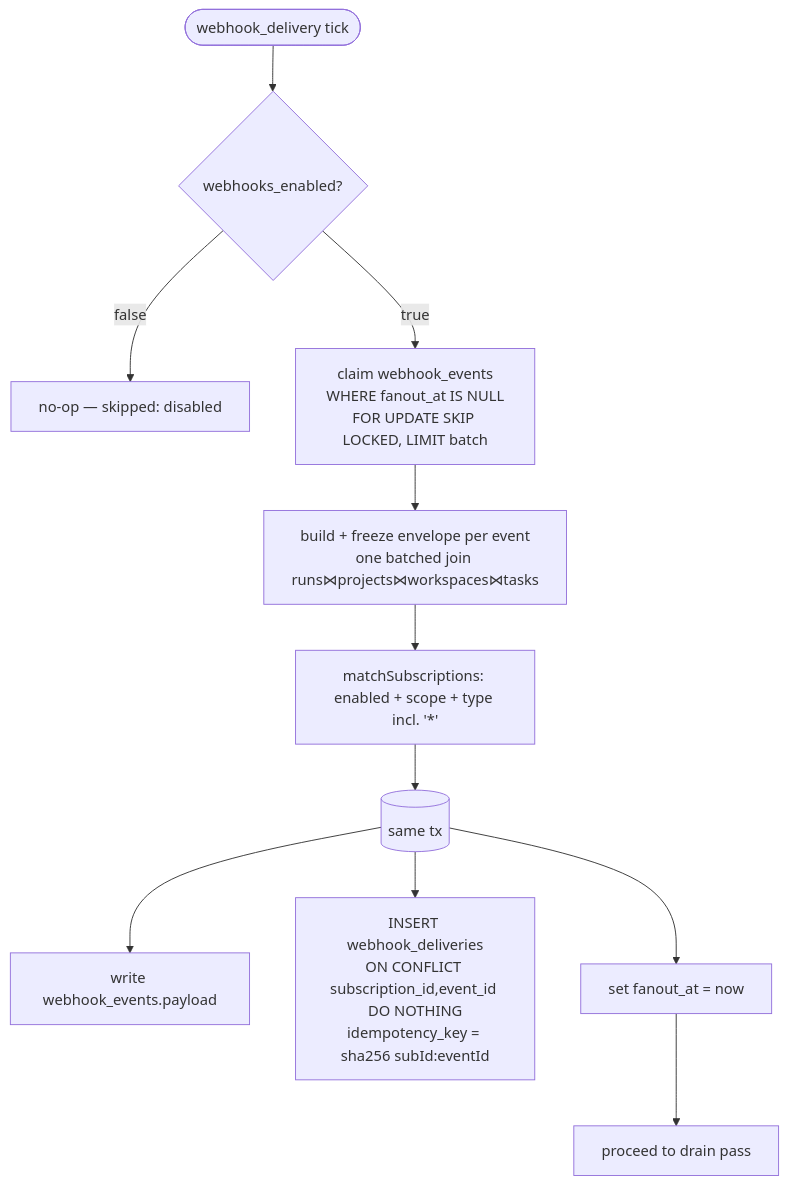
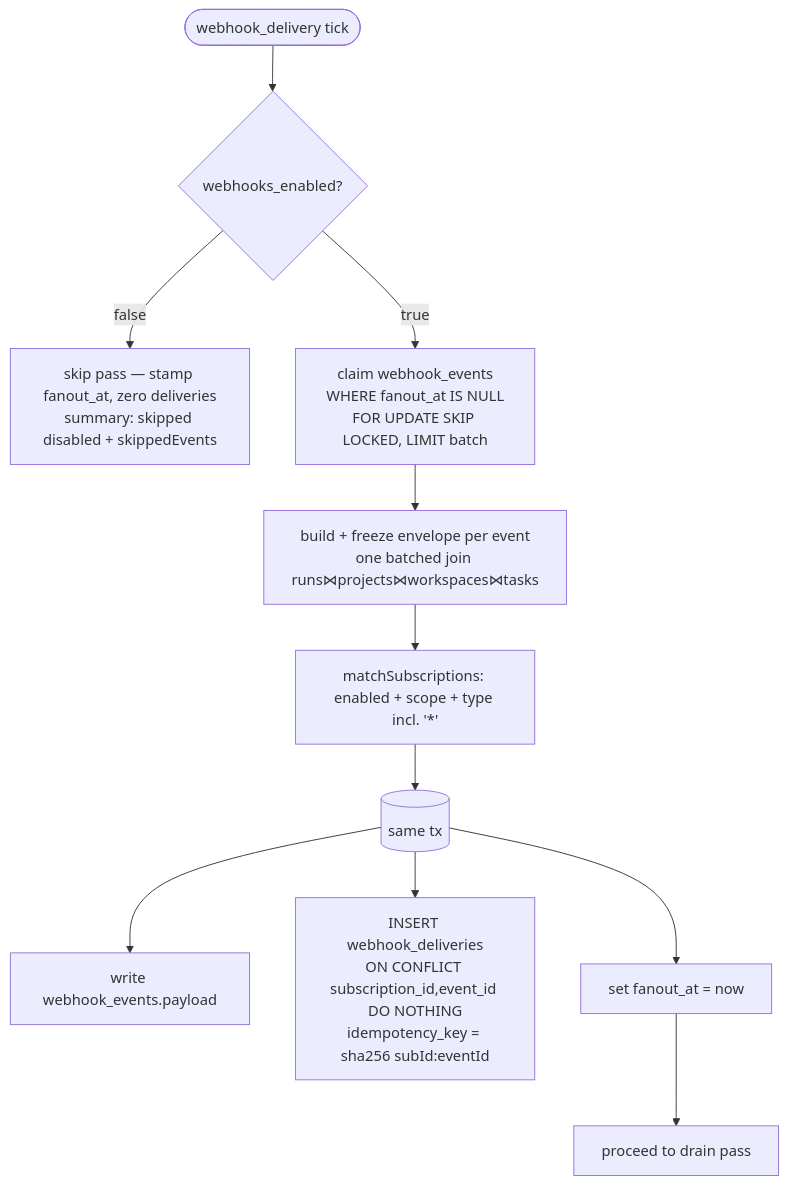
The third of 5 diagrams in docs/system-analytics/outbound-webhooks.md (maister-dev/maister), drawn with Mermaid before and after one commit. The commit also changed other lines of this file and 42 other files, not shown here.

````diff
--- a/docs/system-analytics/outbound-webhooks.md
+++ b/docs/system-analytics/outbound-webhooks.md
@@ -115,13 +115,13 @@
 ```mermaid
 flowchart TD
     Tick([webhook_delivery tick]) --> Kill{webhooks_enabled?}
-    Kill -- false --> Skip[no-op — skipped: disabled]
+    Kill -- false --> Skip[skip pass — stamp fanout_at, zero deliveries<br/>summary: skipped disabled + skippedEvents]
     Kill -- true --> Claim[claim webhook_events<br/>WHERE fanout_at IS NULL<br/>FOR UPDATE SKIP LOCKED, LIMIT batch]
     Claim --> Build[build + freeze envelope per event<br/>one batched join runs⋈projects⋈workspaces⋈tasks]
     Build --> Match[matchSubscriptions: enabled + scope + type incl. '*']
     Match --> Tx[(same tx)]
     Tx --> Pay[write webhook_events.payload]
     Tx --> Del[INSERT webhook_deliveries<br/>ON CONFLICT subscription_id,event_id DO NOTHING<br/>idempotency_key = sha256 subId:eventId]
     Tx --> Cur[set fanout_at = now]
     Cur --> Drain[proceed to drain pass]
 ```
````
